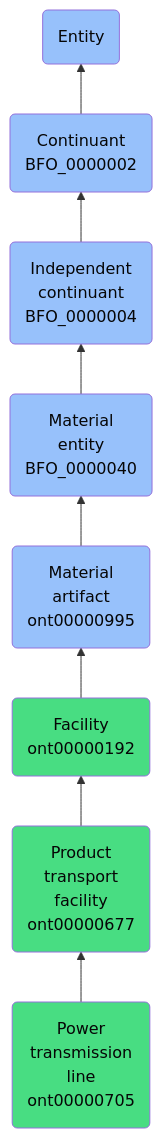
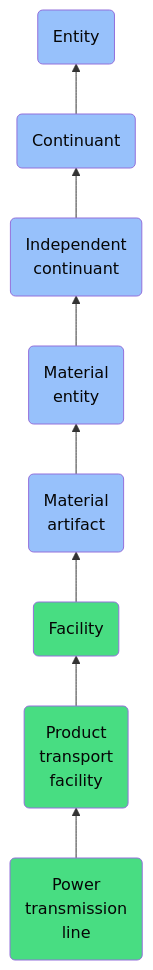
One commit to jupyter-naas/abi changed the diagram in docs/ontology/reference/model/Entity/Continuant/Independent continuant/Material entity/Material artifact/Facility/Product transport facility/Power transmission line/Power transmission line.md. Above: the diagram before and after it, drawn with Mermaid. The commit also changed other lines of this file and 1430 other files, not shown here.

````diff
--- a/docs/ontology/reference/model/Entity/Continuant/Independent continuant/Material entity/Material artifact/Facility/Product transport facility/Power transmission line/Power transmission line.md
+++ b/docs/ontology/reference/model/Entity/Continuant/Independent continuant/Material entity/Material artifact/Facility/Product transport facility/Power transmission line/Power transmission line.md
@@ -24,15 +24,15 @@
 ```mermaid
 graph BT
-    ont00000705(Power<br>transmission<br>line<br>ont00000705):::ABI-->ont00000677
-    ont00000677(Product<br>transport<br>facility<br>ont00000677):::ABI-->ont00000192
-    ont00000192(Facility<br>ont00000192):::ABI-->ont00000995
-    ont00000995(Material<br>artifact<br>ont00000995):::BFO-->BFO_0000040
-    BFO_0000040(Material<br>entity<br>BFO_0000040):::BFO-->BFO_0000004
-    BFO_0000004(Independent<br>continuant<br>BFO_0000004):::BFO-->BFO_0000002
-    BFO_0000002(Continuant<br>BFO_0000002):::BFO-->BFO_0000001
+    ont00000705(Power<br>transmission<br>line):::ABI-->ont00000677
+    ont00000677(Product<br>transport<br>facility):::ABI-->ont00000192
+    ont00000192(Facility):::ABI-->ont00000995
+    ont00000995(Material<br>artifact):::BFO-->BFO_0000040
+    BFO_0000040(Material<br>entity):::BFO-->BFO_0000004
+    BFO_0000004(Independent<br>continuant):::BFO-->BFO_0000002
+    BFO_0000002(Continuant):::BFO-->BFO_0000001
     BFO_0000001(Entity):::BFO
     
     classDef BFO fill:#97c1fb,color:#060606
     classDef CCO fill:#e4c51e,color:#060606
     classDef ABI fill:#48DD82,color:#060606
 ```
````
